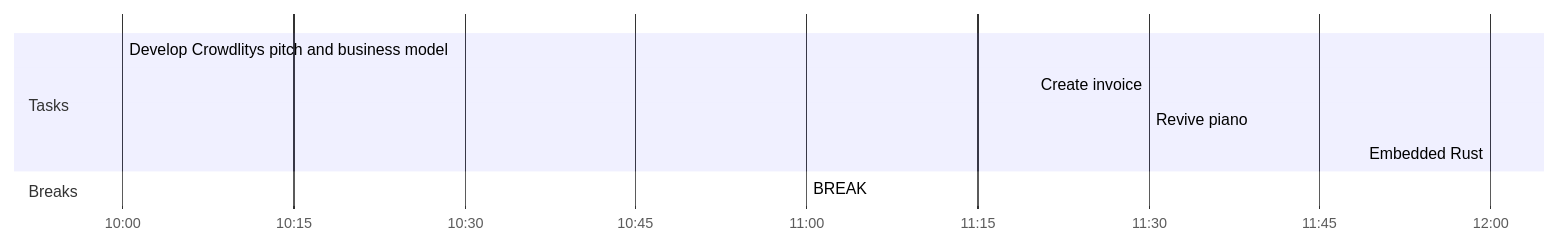
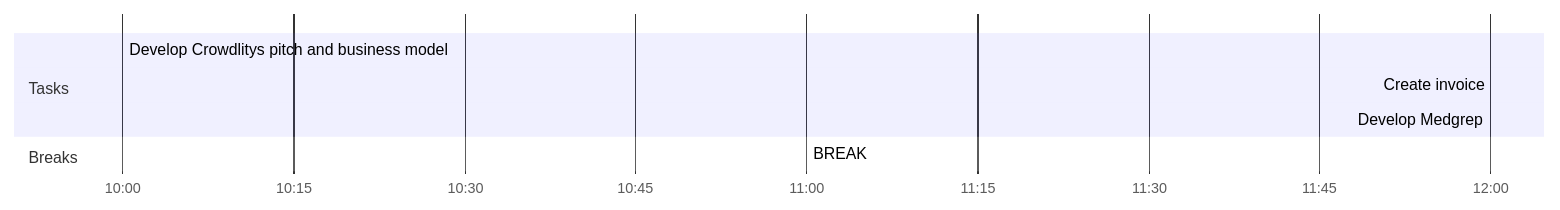
Before and after one commit to jjgumucio/KnowledgeBase: the diagram in KnowledgeBase/Day Planners/Day Planner-20220203.md, drawn with Mermaid. The commit also changed other lines of this file, not shown here.

Commit message:
vault backup: 03-02-2022 11:48:23

````diff
--- a/KnowledgeBase/Day Planners/Day Planner-20220203.md
+++ b/KnowledgeBase/Day Planners/Day Planner-20220203.md
@@ -2,13 +2,12 @@
 ```mermaid
 gantt
     dateFormat  HH-mm
     axisFormat %H:%M
-    %% Current Time: 11:43:22 AM
+    %% Current Time: 11:48:22 AM
     section Tasks
     Develop Crowdlitys pitch and business model     :10-00, 60mm
-    Create invoice     :11-20, 10mm
-    Revive piano     :11-30, 30mm
-    Embedded Rust     :12-00, 0mm
+    Create invoice     :11-50, 10mm
+    Develop Medgrep     :12-00, 0mm
     section Breaks
-    BREAK     :11-00, 20mm
+    BREAK     :11-00, 50mm
 ```
````
